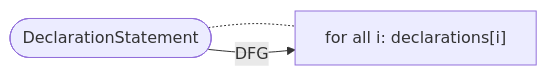
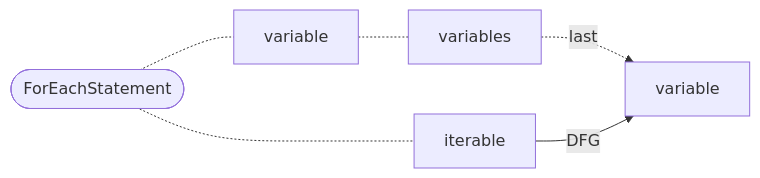
Diagram 27 of 31 in cpg-core/specifications/dfg.md (Fraunhofer-AISEC/cpg), drawn with Mermaid before and after one commit. The commit also changed other lines of this file, not shown here.

````diff
--- a/cpg-core/specifications/dfg.md
+++ b/cpg-core/specifications/dfg.md
@@ -429,5 +433,8 @@
 ```mermaid
   flowchart LR
-    node([DeclarationStatement]) -.- declarations["for all i: declarations[i]"]
-    node -- DFG --> declarations
-```
+    node([ForEachStatement]) -.- statement[variable]
+    node -.- iterable[iterable]
+    statement -.- localVars[variables]
+    localVars -. "last" .-> variable
+    iterable -- DFG --> variable
+  ```
````
